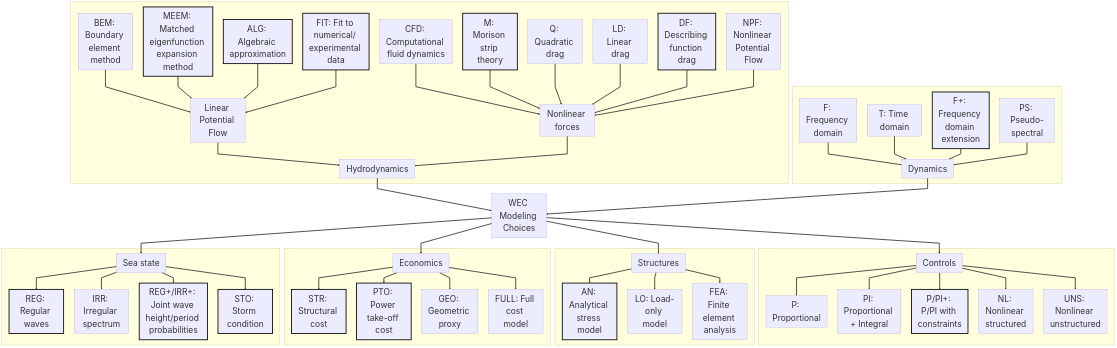
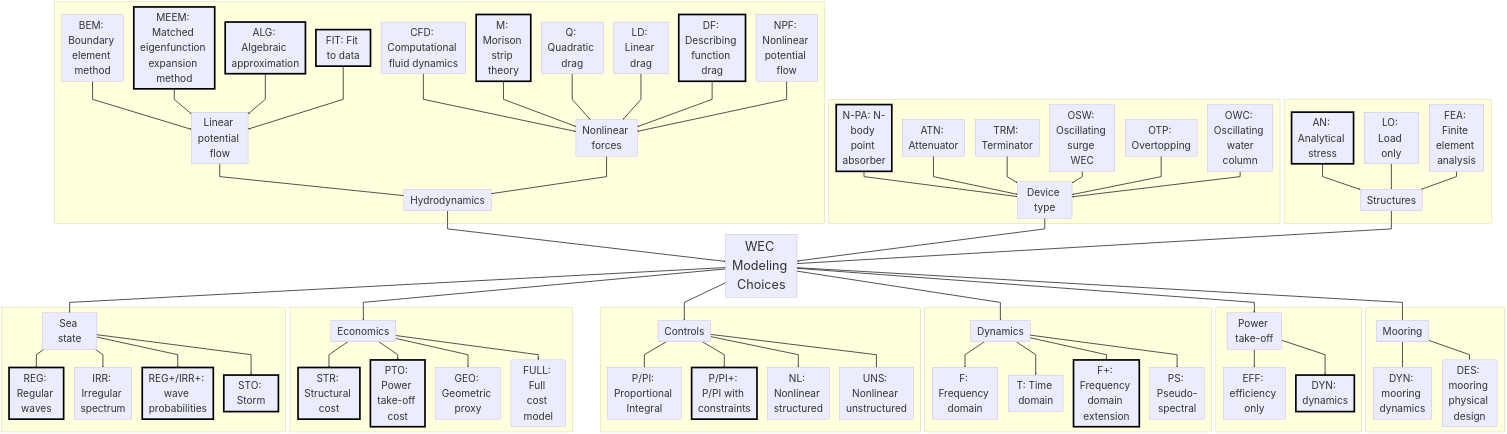
The diagram in mdocean/plots/non_matlab_figs/taxonomy.mmd (symbiotic-engineering/MDOcean), drawn with Mermaid before and after one commit. The commit also changed 4 other files, not shown here.

Commit message:
add pto, mooring, and device type to mermaid figure

```diff
--- a/mdocean/plots/non_matlab_figs/taxonomy.mmd
+++ b/mdocean/plots/non_matlab_figs/taxonomy.mmd
@@ -1,111 +1,150 @@
 %%{init: {
   "flowchart": {
     "curve": "linear"
     },
   "themeVariables": {
-    "fontSize": "40px"
+    "fontSize": "48px"
   }
 }}%%
 flowchart TB
     Parent["WEC Modeling Choices"]
 
+    SpacerL[" "] --- Parent --- SpacerR[" "]
+
 %% connections to parent
     ChildA --> Parent
-    ChildB --> Parent
+    Device --> Parent
+    ChildC --> Parent
 
+    Parent --> PTO
+    Parent --> ChildB
     Parent --> Controls
-    Parent --> ChildC
     Parent --> ChildD
     Parent --> ChildE
+    Parent --> Mooring
+
+%% device typeset
+subgraph device[" "]
+    Device["Device type"]
+
+    PA["N-PA: N-body point absorber"] --> Device
+    ATN["ATN: Attenuator"] --> Device
+    TRM["TRM: Terminator"] --> Device
+    OSW["OSW: Oscillating surge WEC"] --> Device
+    OTP["OTP: Overtopping"] --> Device
+    OWC["OWC: Oscillating  water column"] --> Device
+end
+
+%% mooring
+subgraph mooring[" "]
+    Mooring["Mooring"]
+
+    Mooring --> DYN["DYN: mooring dynamics"]
+    Mooring --> DES["DES: mooring physical design"]
+end
+
+%% powertrain
+subgraph pto[" "]
+    PTO["Power take-off"]
+
+    PTO --> EFF["EFF: efficiency only"]
+    PTO --> PTODYN["DYN: dynamics"]
+end
 
 %% HYDRODYNAMICS (top subgraph, arrows corrected upward)
 subgraph H[" "]
     ChildA["Hydrodynamics"]
 
-    B1["Linear Potential Flow"] --> ChildA
+    B1["Linear potential flow"] --> ChildA
     B3["Nonlinear forces"] --> ChildA
 
     BEM["BEM: Boundary element method"] --> B1
     MEEM["MEEM: Matched eigenfunction expansion method"] --> B1
     ALG["ALG: Algebraic approximation"] --> B1
-    FIT["FIT: Fit to numerical/ experimental data"] --> B1
+    FIT["FIT: Fit to data"] --> B1
 
     CFD["CFD: Computational fluid dynamics"] --> B3
     M["M: Morison strip theory"] --> B3
     Q["Q: Quadratic drag"] --> B3
     LD["LD: Linear drag"] --> B3
     DF["DF: Describing function drag"] --> B3
-    NPF["NPF: Nonlinear Potential Flow"] --> B3
+    NPF["NPF: Nonlinear potential flow"] --> B3
 end
 
 %% DYNAMICS (top subgraph, arrows corrected upward)
 subgraph DY[" "]
     ChildB["Dynamics"]
 
-    A1["F: Frequency domain"] --> ChildB
-    A2["T: Time domain"] --> ChildB
-    Fplus["F+: Frequency domain extension"] --> ChildB
-    A4["PS: Pseudo-spectral"] --> ChildB
+    ChildB --> A1["F: Frequency domain"]
+    ChildB --> A2["T: Time domain"]
+    ChildB --> Fplus["F+: Frequency domain extension"]
+    ChildB --> A4["PS: Pseudo-spectral"]
 end
 
 %% CONTROLS (top subgraph, arrows corrected upward)
 subgraph C[" "]
     Controls["Controls"]
     
-    Controls --> P["P: Proportional"]
-    Controls --> CPI["PI: Proportional + Integral"] 
+    Controls --> CPI["P/PI: Proportional Integral"] 
     Controls --> Pplus["P/PI+: P/PI with constraints"]
     Controls --> NL["NL: Nonlinear structured"]
     Controls --> UNS["UNS: Nonlinear unstructured"]
 end
 
 %% STRUCTURES (bottom subgraph, flow top-to-bottom)
 subgraph S[" "]
     ChildC["Structures"]
 
-    ChildC --> AN["AN: Analytical stress model"]
-    ChildC --> LO["LO: Load-only model"]
-    ChildC --> FEA["FEA: Finite element analysis"]
+    AN["AN: Analytical stress"] --> ChildC
+    LO["LO: Load only"] --> ChildC
+    FEA["FEA: Finite element analysis"] --> ChildC
 end
 
 %% ECONOMICS (bottom subgraph, flow top-to-bottom)
 subgraph E[" "]
     ChildD["Economics"]
 
-    ChildD --> D1["STR: Structural cost"]
-    ChildD --> D2["PTO: Power take-off cost"]
-    ChildD --> D3["GEO: Geometric proxy"]
+    ChildD --> STR["STR: Structural cost"]
+    ChildD --> PTOecon["PTO: Power take-off cost"]
+    ChildD --> GEO["GEO: Geometric proxy"]
     ChildD --> D4["FULL: Full cost model"]
 end
 
 %% SEA STATE (bottom subgraph, flow top-to-bottom)
 subgraph SS[" "]
     ChildE["Sea state"]
 
     ChildE --> REG["REG: Regular waves"]
     ChildE --> IRR["IRR: Irregular spectrum"]
-    ChildE --> JOINT["REG+/IRR+: Joint wave height/period probabilities"]
-    ChildE --> STO["STO: Storm condition"]
+    ChildE --> JOINT["REG+/IRR+: wave probabilities"]
+    ChildE --> STO["STO: Storm"]
 end
 
-linkStyle 0,1,2,3,4,5,6,7,8,9,10,11,12,13,14,15,16,17,18,19,20,21,22,23,24,25,26,27,28,29,30,31,32,33,34,35,36,37 stroke-width:4px
+linkStyle 2,3,4,5,6,7,8,9,10,11,12,13,14,15,16,17,18,19,20,21,22,23,24,25,26,27,28,29,30,31,32,33,34,35,36,37,38,39,40,41,42,43,44,45,46,47,48,49,50,51 stroke-width:4px
+
+linkStyle 0,1 stroke-width:0px
 
 %% Define a "thick" class
-    classDef thick stroke-width:4px,stroke:#000
+    classDef thick stroke-width:8px,stroke:#000
 
-    %% Apply thick border to just one node per subgraph
     class MEEM thick
     class DF thick
     class Pplus thick
     class REG thick
     class JOINT thick
     class STR thick
-    class GEO thick
     class AN thick
     class M thick
-    class D1 thick
-    class D2 thick
+    class PTOecon thick
     class STO thick
     class Fplus thick
     class ALG thick
     class FIT thick
+    class PTODYN thick
+    class PA thick
+
+    classDef bigFont font-size:60px
+    class Parent bigFont
+
+    classDef hidden fill:none,stroke:none;
+    class SpacerL,SpacerR hidden
```
